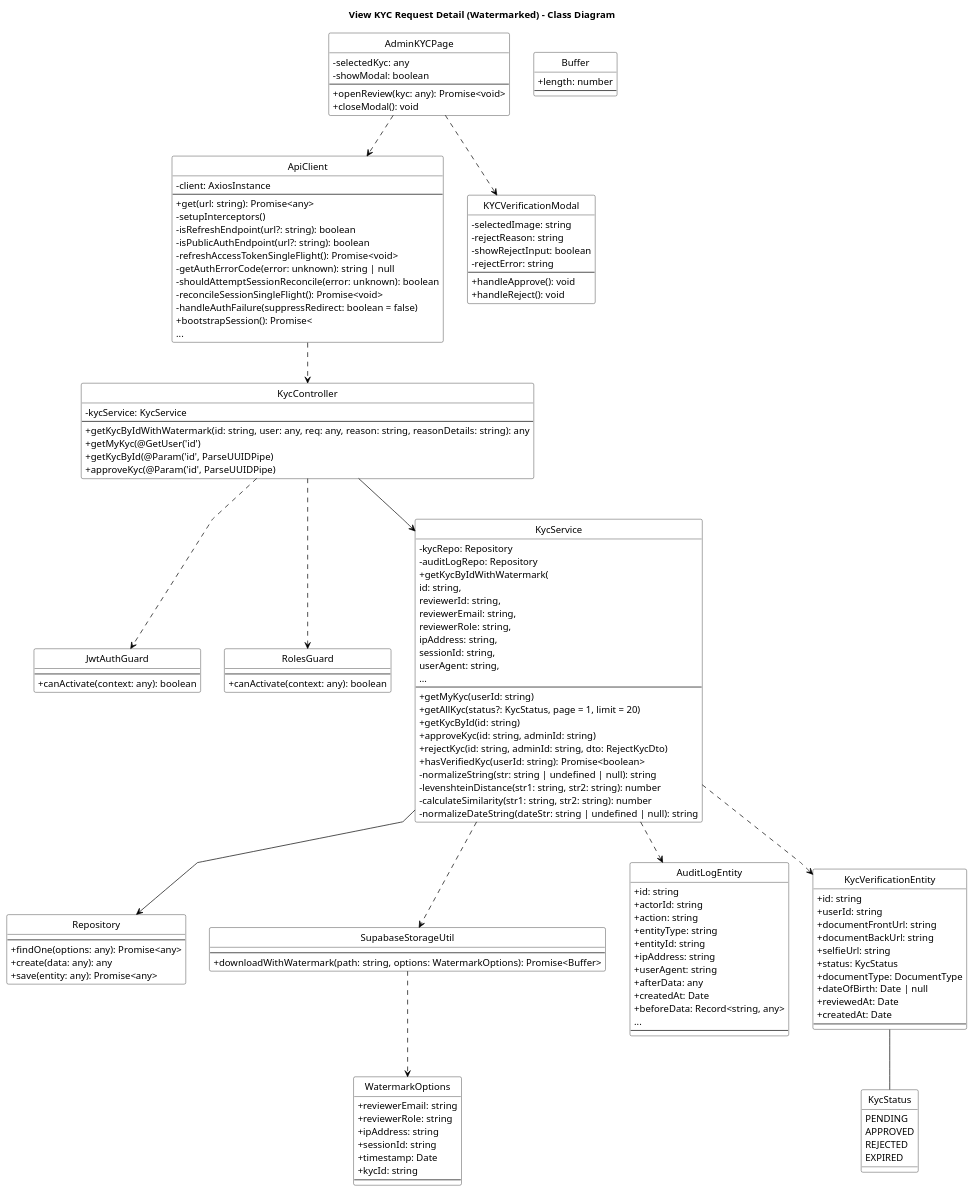
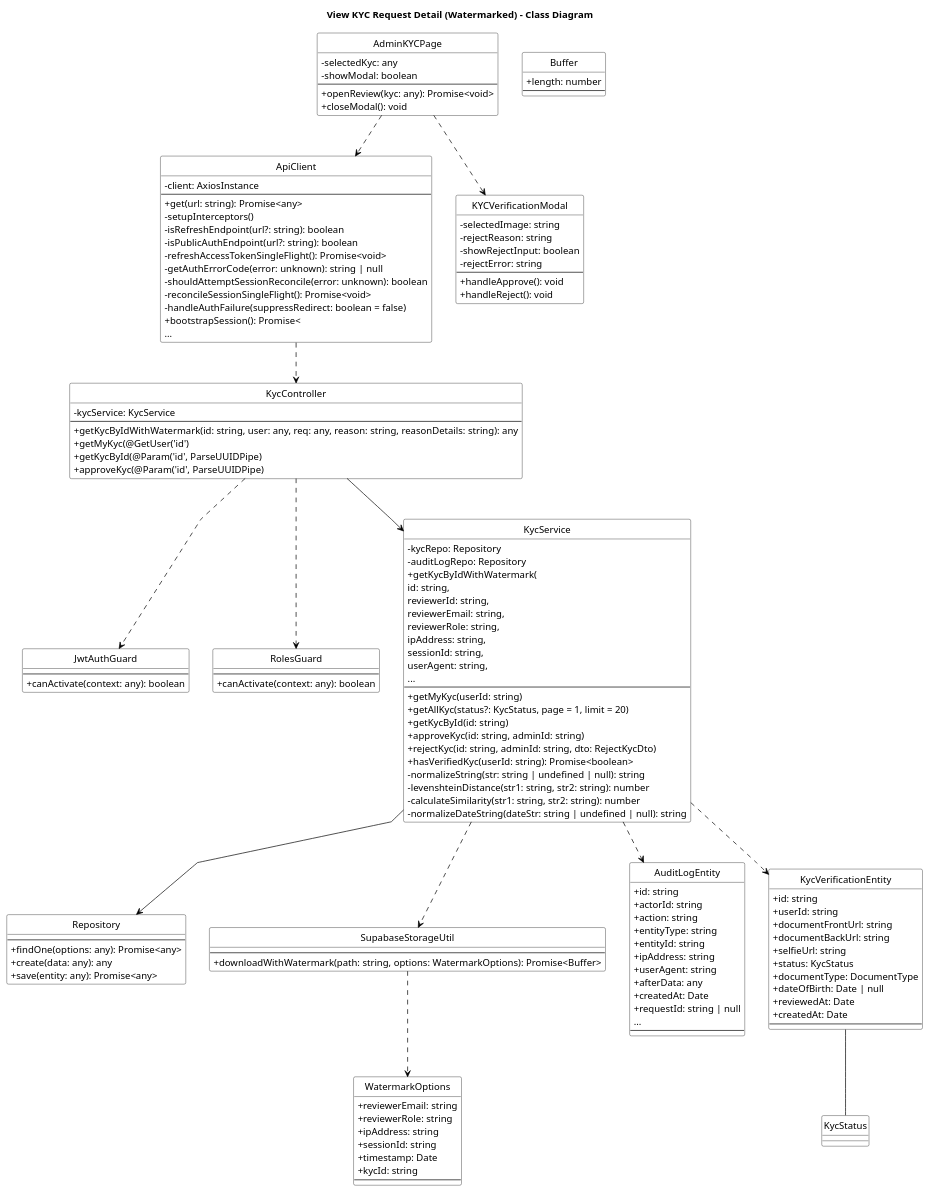
The diagram in diagram/class_diagrams/view_kyc_request_detail_with_watermark_class_diagram_compact.puml (bangdcce/SEP492-Project), drawn with PlantUML before and after one commit. The commit also changed 40 other files, not shown here.

```diff
--- a/diagram/class_diagrams/view_kyc_request_detail_with_watermark_class_diagram_compact.puml
+++ b/diagram/class_diagrams/view_kyc_request_detail_with_watermark_class_diagram_compact.puml
@@ -1,171 +1,165 @@
 @startuml View_KYC_Request_Detail_Watermarked_Class_Diagram
 title View KYC Request Detail (Watermarked) - Class Diagram
 skinparam backgroundColor white
 skinparam monochrome true
 skinparam defaultFontColor black
 skinparam ArrowColor black
 skinparam classBorderColor black
 skinparam classFontColor black
 skinparam classBackgroundColor white
 skinparam stereotypeFontColor black
 skinparam linetype polyline
 skinparam classAttributeIconSize 0
 hide circle
 
 skinparam classHeaderBackgroundColor white
 skinparam classHeaderFontColor black
 
 class ApiClient {
     - client: AxiosInstance
     --
     + get(url: string): Promise<any>
     - setupInterceptors()
     - isRefreshEndpoint(url?: string): boolean
     - isPublicAuthEndpoint(url?: string): boolean
     - refreshAccessTokenSingleFlight(): Promise<void>
     - getAuthErrorCode(error: unknown): string | null
     - shouldAttemptSessionReconcile(error: unknown): boolean
     - reconcileSessionSingleFlight(): Promise<void>
     - handleAuthFailure(suppressRedirect: boolean = false)
     + bootstrapSession(): Promise<
     ...
 }
 
 class AdminKYCPage {
     - selectedKyc: any
     - showModal: boolean
     --
     + openReview(kyc: any): Promise<void>
     + closeModal(): void
 }
 
 class KYCVerificationModal {
     - selectedImage: string
     - rejectReason: string
     - showRejectInput: boolean
     - rejectError: string
     --
     + handleApprove(): void
     + handleReject(): void
 }
 
 class JwtAuthGuard {
     --
     + canActivate(context: any): boolean
 }
 
 class RolesGuard {
     --
     + canActivate(context: any): boolean
 }
 
 class KycController {
     - kycService: KycService
     --
     + getKycByIdWithWatermark(id: string, user: any, req: any, reason: string, reasonDetails: string): any
     + getMyKyc(@GetUser('id')
     + getKycById(@Param('id', ParseUUIDPipe)
     + approveKyc(@Param('id', ParseUUIDPipe)
 }
 
 class Repository {
     --
     + findOne(options: any): Promise<any>
     + create(data: any): any
     + save(entity: any): Promise<any>
 }
 
 class KycService {
     - kycRepo: Repository
     - auditLogRepo: Repository
     + getKycByIdWithWatermark(
         id: string,
         reviewerId: string,
         reviewerEmail: string,
         reviewerRole: string,
         ipAddress: string,
         sessionId: string,
         userAgent: string,
     ...
     --
     + getMyKyc(userId: string)
     + getAllKyc(status?: KycStatus, page = 1, limit = 20)
     + getKycById(id: string)
     + approveKyc(id: string, adminId: string)
     + rejectKyc(id: string, adminId: string, dto: RejectKycDto)
     + hasVerifiedKyc(userId: string): Promise<boolean>
     - normalizeString(str: string | undefined | null): string
     - levenshteinDistance(str1: string, str2: string): number
     - calculateSimilarity(str1: string, str2: string): number
     - normalizeDateString(dateStr: string | undefined | null): string
 }
 
 class SupabaseStorageUtil {
     --
     + downloadWithWatermark(path: string, options: WatermarkOptions): Promise<Buffer>
 }
 
 class WatermarkOptions {
     + reviewerEmail: string
     + reviewerRole: string
     + ipAddress: string
     + sessionId: string
     + timestamp: Date
     + kycId: string
     --
 }
 
 class Buffer {
     + length: number
     --
 }
 
 class AuditLogEntity {
     + id: string
     + actorId: string
     + action: string
     + entityType: string
     + entityId: string
     + ipAddress: string
     + userAgent: string
     + afterData: any
     + createdAt: Date
-    + beforeData: Record<string, any>
+    + requestId: string | null
     ...
     --
 }
 
 class KycVerificationEntity {
     + id: string
     + userId: string
     + documentFrontUrl: string
     + documentBackUrl: string
     + selfieUrl: string
     + status: KycStatus
     + documentType: DocumentType
     + dateOfBirth: Date | null
     + reviewedAt: Date
     + createdAt: Date
     --
 }
 
-enum KycStatus {
-    PENDING
-    APPROVED
-    REJECTED
-    EXPIRED
-}
 
 AdminKYCPage ..> KYCVerificationModal
 AdminKYCPage ..> ApiClient
 ApiClient ..> KycController
 KycController ..> JwtAuthGuard
 KycController ..> RolesGuard
 KycController --> KycService
 KycService --> Repository
 KycService ..> KycVerificationEntity
 KycService ..> AuditLogEntity
 KycService ..> SupabaseStorageUtil
 SupabaseStorageUtil ..> WatermarkOptions
 KycVerificationEntity -- KycStatus
 @enduml
```
